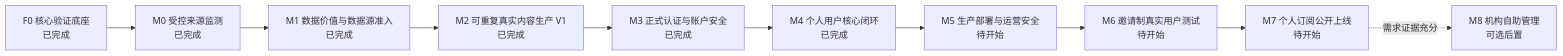
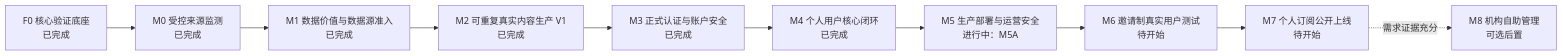
Before and after one commit to daiphoon/dealflow-radar: the diagram in docs/10-implementation-plan.md, drawn with Mermaid. The commit also changed other lines of this file and 24 other files, not shown here.

````diff
--- a/docs/10-implementation-plan.md
+++ b/docs/10-implementation-plan.md
@@ -23,12 +23,12 @@
 ```mermaid
 flowchart LR
     F0["F0 核心验证底座<br/>已完成"] --> M0["M0 受控来源监测<br/>已完成"]
     M0 --> M1["M1 数据价值与数据源准入<br/>已完成"]
     M1 --> M2["M2 可重复真实内容生产 V1<br/>已完成"]
     M2 --> M3["M3 正式认证与账户安全<br/>已完成"]
     M3 --> M4["M4 个人用户核心闭环<br/>已完成"]
-    M4 --> M5["M5 生产部署与运营安全<br/>待开始"]
+    M4 --> M5["M5 生产部署与运营安全<br/>进行中：M5A"]
     M5 --> M6["M6 邀请制真实用户测试<br/>待开始"]
     M6 --> M7["M7 个人订阅公开上线<br/>待开始"]
     M7 -."需求证据充分".-> M8["M8 机构自助管理<br/>可选后置"]
 ```
````
